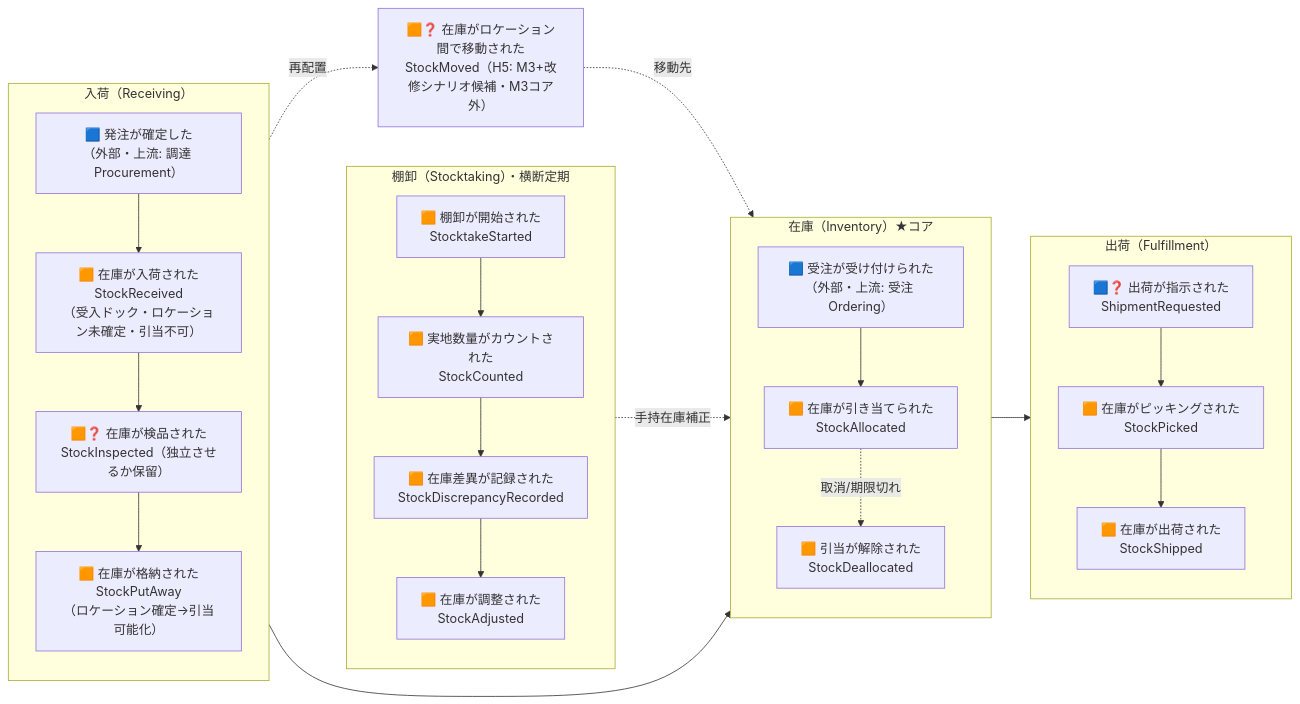
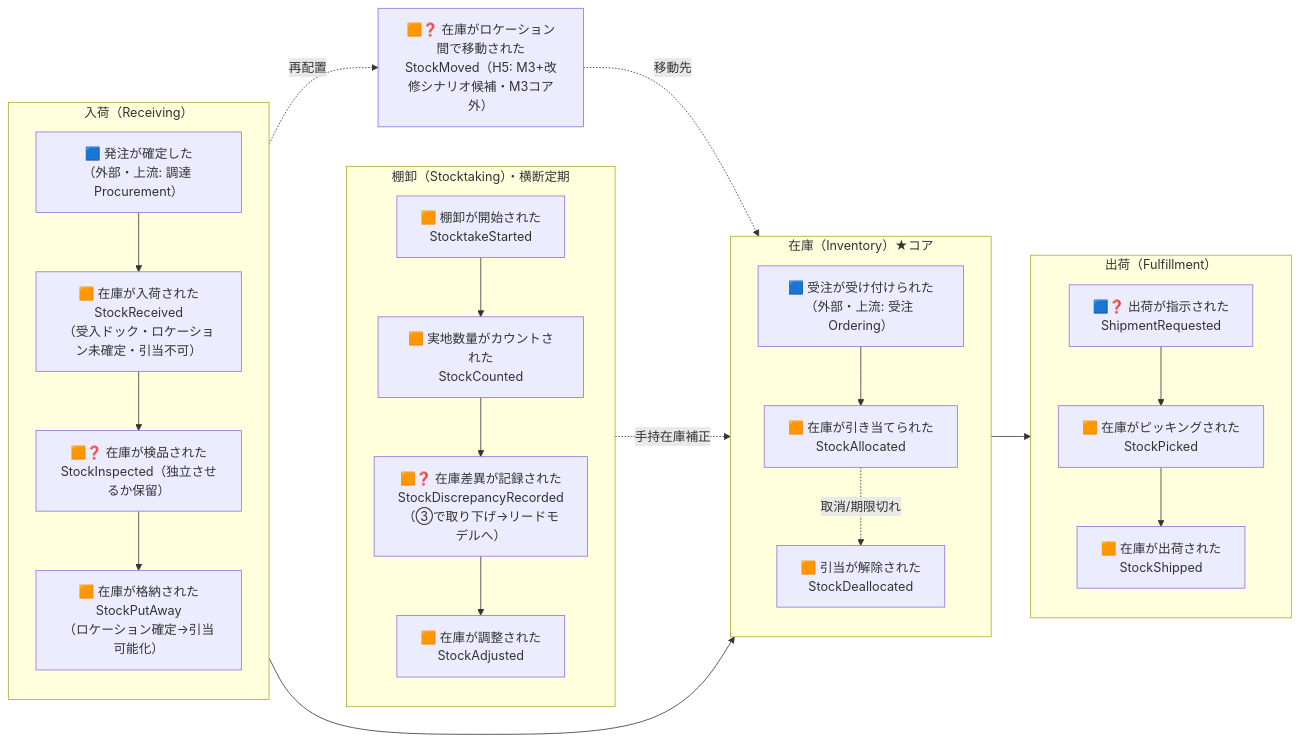
One commit to nenokido2000/event-sourcing-handson changed the diagram in docs/event-storming/01-big-picture.md. Above: the diagram before and after it, drawn with Mermaid. The commit also changed other lines of this file and 7 other files, not shown here.

````diff
--- a/docs/event-storming/01-big-picture.md
+++ b/docs/event-storming/01-big-picture.md
@@ -16,45 +16,45 @@
 ```mermaid
 flowchart LR
     subgraph 入荷["入荷（Receiving）"]
       direction TB
       PO["🟦 発注が確定した<br/>（外部・上流: 調達 Procurement）"]
       RCV["🟧 在庫が入荷された<br/>StockReceived<br/>（受入ドック・ロケーション未確定・引当不可）"]
       INSP["🟧❓ 在庫が検品された<br/>StockInspected（独立させるか保留）"]
       PUT["🟧 在庫が格納された<br/>StockPutAway<br/>（ロケーション確定→引当可能化）"]
       PO --> RCV --> INSP --> PUT
     end
 
     subgraph 引当["在庫（Inventory）★コア"]
       direction TB
       ORD["🟦 受注が受け付けられた<br/>（外部・上流: 受注 Ordering）"]
       ALLOC["🟧 在庫が引き当てられた<br/>StockAllocated"]
       DEALLOC["🟧 引当が解除された<br/>StockDeallocated"]
       ORD --> ALLOC
       ALLOC -. 取消/期限切れ .-> DEALLOC
     end
 
     subgraph 出荷["出荷（Fulfillment）"]
       direction TB
       SHREQ["🟦❓ 出荷が指示された<br/>ShipmentRequested"]
       PICK["🟧 在庫がピッキングされた<br/>StockPicked"]
       SHIP["🟧 在庫が出荷された<br/>StockShipped"]
       SHREQ --> PICK --> SHIP
     end
 
     subgraph 棚卸["棚卸（Stocktaking）・横断定期"]
       direction TB
       STK["🟧 棚卸が開始された<br/>StocktakeStarted"]
       CNT["🟧 実地数量がカウントされた<br/>StockCounted"]
-      DISC["🟧 在庫差異が記録された<br/>StockDiscrepancyRecorded"]
+      DISC["🟧❓ 在庫差異が記録された<br/>StockDiscrepancyRecorded<br/>（③で取り下げ→リードモデルへ）"]
       ADJ["🟧 在庫が調整された<br/>StockAdjusted"]
       STK --> CNT --> DISC --> ADJ
     end
 
     PUT --> ALLOC
     ALLOC --> PICK
     ADJ -. 手持在庫補正 .-> ALLOC
 
     MOVE["🟧❓ 在庫がロケーション間で移動された<br/>StockMoved（H5: M3+改修シナリオ候補・M3コア外）"]
     PUT -. 再配置 .-> MOVE
     MOVE -. 移動先 .-> ALLOC
 ```
````
